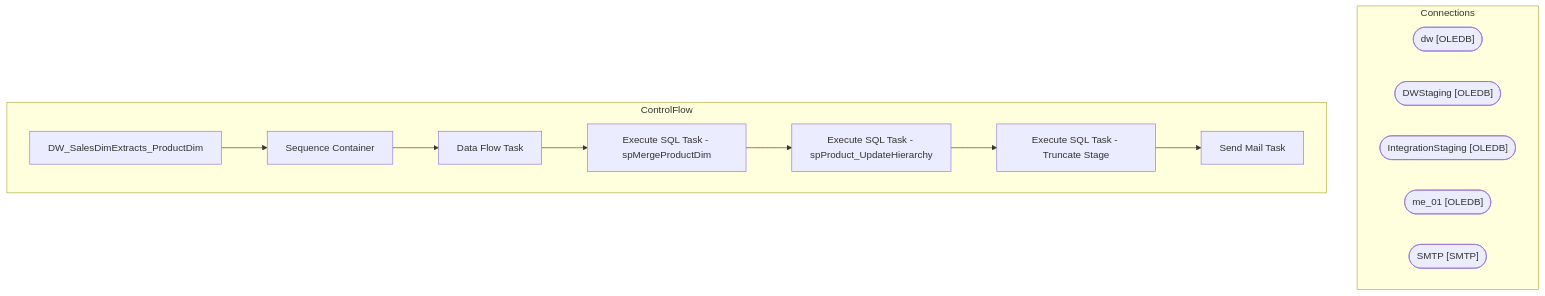
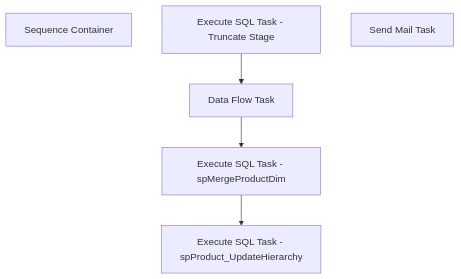
One commit to juanandresbrain/BABSkills changed the diagram in bab-docs-explorer/Documentation/STL-SSIS-P-01/SSIS/DW/DW_SalesDimExtracts_ProductDim.DW_SalesDimExtracts_ProductDim.md. Above: the diagram before and after it, drawn with Mermaid. The commit also changed other lines of this file and 273 other files, not shown here.

````diff
--- a/bab-docs-explorer/Documentation/STL-SSIS-P-01/SSIS/DW/DW_SalesDimExtracts_ProductDim.DW_SalesDimExtracts_ProductDim.md
+++ b/bab-docs-explorer/Documentation/STL-SSIS-P-01/SSIS/DW/DW_SalesDimExtracts_ProductDim.DW_SalesDimExtracts_ProductDim.md
@@ -9,25 +42,12 @@
 ```mermaid
 flowchart TD
-    subgraph Connections
-        dw_conn(["dw [OLEDB]"])
-        DWStaging_conn(["DWStaging [OLEDB]"])
-        IntegrationStaging_conn(["IntegrationStaging [OLEDB]"])
-        me_01_conn(["me_01 [OLEDB]"])
-        SMTP_conn(["SMTP [SMTP]"])
-    end
-    subgraph ControlFlow
-        DW_SalesDimExtracts_ProductDim_task["DW_SalesDimExtracts_ProductDim"]
-        Sequence_Container_task["Sequence Container"]
-        DW_SalesDimExtracts_ProductDim_task --> Sequence_Container_task
-        Data_Flow_Task_task["Data Flow Task"]
-        Sequence_Container_task --> Data_Flow_Task_task
-        Execute_SQL_Task___spMergeProductDim_task["Execute SQL Task - spMergeProductDim"]
-        Data_Flow_Task_task --> Execute_SQL_Task___spMergeProductDim_task
-        Execute_SQL_Task___spProduct_UpdateHierarchy_task["Execute SQL Task - spProduct_UpdateHierarchy"]
-        Execute_SQL_Task___spMergeProductDim_task --> Execute_SQL_Task___spProduct_UpdateHierarchy_task
-        Execute_SQL_Task___Truncate_Stage_task["Execute SQL Task - Truncate Stage"]
-        Execute_SQL_Task___spProduct_UpdateHierarchy_task --> Execute_SQL_Task___Truncate_Stage_task
-        Send_Mail_Task_task["Send Mail Task"]
-        Execute_SQL_Task___Truncate_Stage_task --> Send_Mail_Task_task
-    end
+    n_Package_Sequence_Container["Sequence Container"]
+    n_Package_Sequence_Container_Data_Flow_Task["Data Flow Task"]
+    n_Package_Sequence_Container_Execute_SQL_Task___spMergeProductDim["Execute SQL Task - spMergeProductDim"]
+    n_Package_Sequence_Container_Execute_SQL_Task___spProduct_UpdateHierarchy["Execute SQL Task - spProduct_UpdateHierarchy"]
+    n_Package_Sequence_Container_Execute_SQL_Task___Truncate_Stage["Execute SQL Task - Truncate Stage"]
+    n_Package_EventHandlers_OnError__Send_Mail_Task["Send Mail Task"]
+    n_Package_Sequence_Container_Execute_SQL_Task___Truncate_Stage --> n_Package_Sequence_Container_Data_Flow_Task
+    n_Package_Sequence_Container_Data_Flow_Task --> n_Package_Sequence_Container_Execute_SQL_Task___spMergeProductDim
+    n_Package_Sequence_Container_Execute_SQL_Task___spMergeProductDim --> n_Package_Sequence_Container_Execute_SQL_Task___spProduct_UpdateHierarchy
 ```
````
